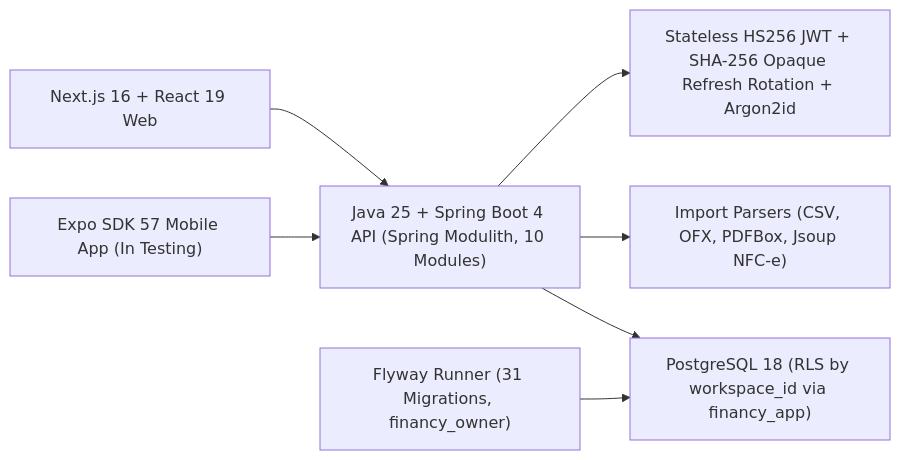
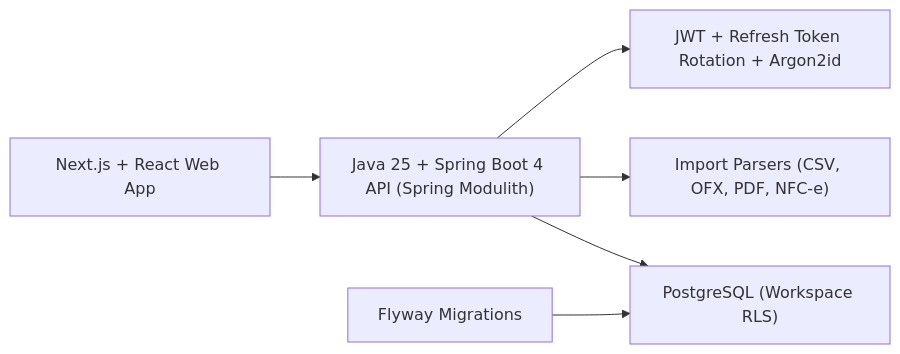
One commit to antonyandrade01/skorp-finance changed the diagram in README.md. Above: the diagram before and after it, drawn with Mermaid. The commit also changed other lines of this file, not shown here.

````diff
--- a/README.md
+++ b/README.md
@@ -15,9 +15,8 @@
 ```mermaid
 flowchart LR
-    WEB["Next.js 16 + React 19 Web"] --> API["Java 25 + Spring Boot 4 API (Spring Modulith, 10 Modules)"]
-    MOB["Expo SDK 57 Mobile App (In Testing)"] --> API
-    API --> AUTH["Stateless HS256 JWT + SHA-256 Opaque Refresh Rotation + Argon2id"]
-    API --> PARS["Import Parsers (CSV, OFX, PDFBox, Jsoup NFC-e)"]
-    API --> PG["PostgreSQL 18 (RLS by workspace_id via financy_app)"]
-    MIG["Flyway Runner (31 Migrations, financy_owner)"] --> PG
+    WEB["Next.js + React Web App"] --> API["Java 25 + Spring Boot 4 API (Spring Modulith)"]
+    API --> AUTH["JWT + Refresh Token Rotation + Argon2id"]
+    API --> PARS["Import Parsers (CSV, OFX, PDF, NFC-e)"]
+    API --> PG["PostgreSQL (Workspace RLS)"]
+    MIG["Flyway Migrations"] --> PG
 ```
````
